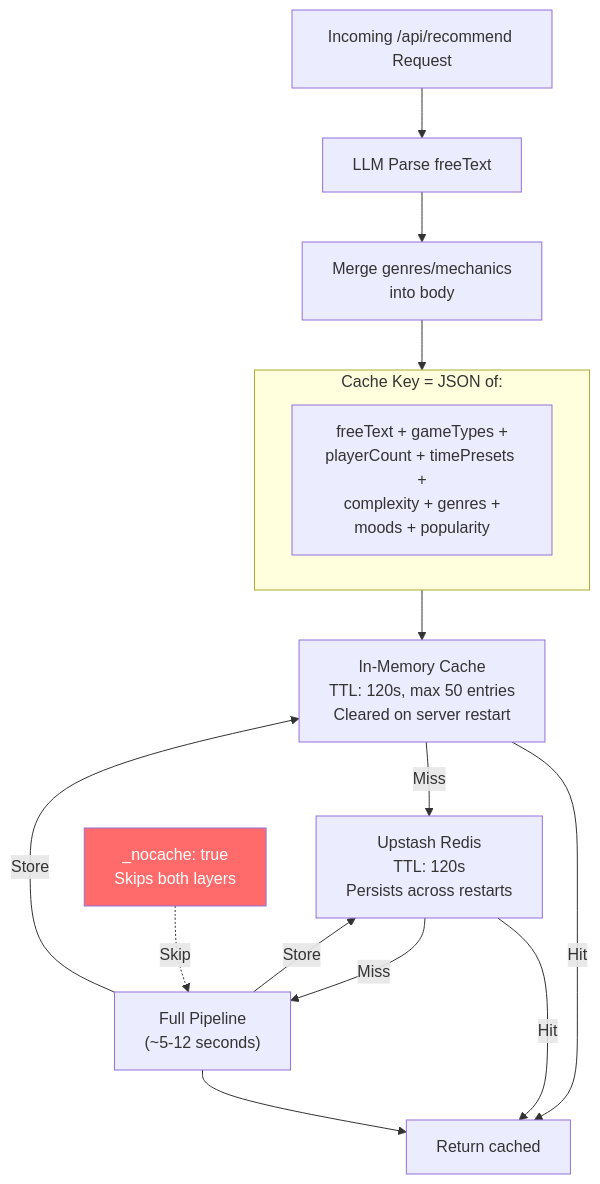
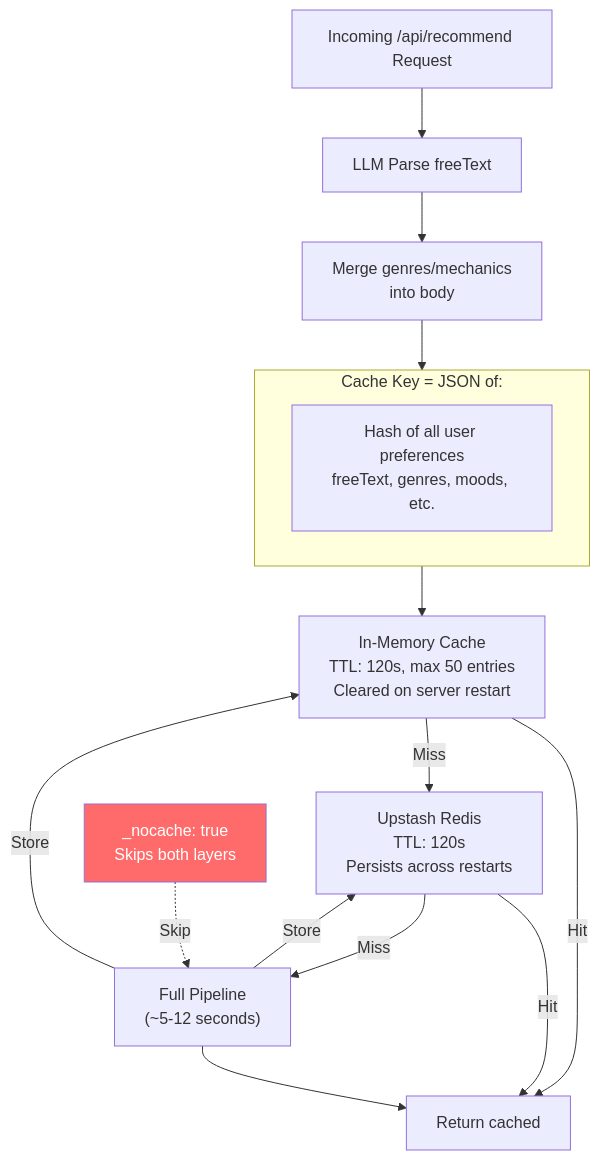
One commit to stopitdan/recommendagame changed the fourth of 7 diagrams in docs/ARCHITECTURE.md. Above: the diagram before and after it, drawn with Mermaid. The commit also changed other lines of this file and 2 other files, not shown here.

First line of the commit message:
Fix mermaid diagrams: simplify nodes that caused 'Unsupported markdown: list'

````diff
--- a/docs/ARCHITECTURE.md
+++ b/docs/ARCHITECTURE.md
@@ -174,30 +174,30 @@
 ```mermaid
 flowchart TD
     REQ["Incoming /api/recommend Request"]
 
     LLM_P["LLM Parse freeText"]
     MERGE_G["Merge genres/mechanics<br/>into body"]
 
     subgraph Key["Cache Key = JSON of:"]
-        K["freeText + gameTypes +<br/>playerCount + timePresets +<br/>complexity + genres +<br/>moods + popularity"]
+        K["Hash of all user preferences<br/>freeText, genres, moods, etc."]
     end
 
     L1["In-Memory Cache<br/>TTL: 120s, max 50 entries<br/>Cleared on server restart"]
     L2["Upstash Redis<br/>TTL: 120s<br/>Persists across restarts"]
 
     ENGINE["Full Pipeline<br/>(~5-12 seconds)"]
 
     BYPASS["_nocache: true<br/>Skips both layers"]
 
     REQ --> LLM_P --> MERGE_G --> Key
     Key --> L1
     L1 -->|Hit| RETURN["Return cached"]
     L1 -->|Miss| L2
     L2 -->|Hit| RETURN
     L2 -->|Miss| ENGINE
     ENGINE -->|Store| L1 & L2
     ENGINE --> RETURN
     BYPASS -.->|Skip| ENGINE
 
     style BYPASS fill:#ff6b6b,color:#fff
 ```
````
